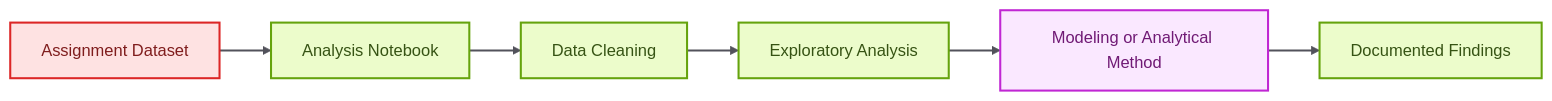
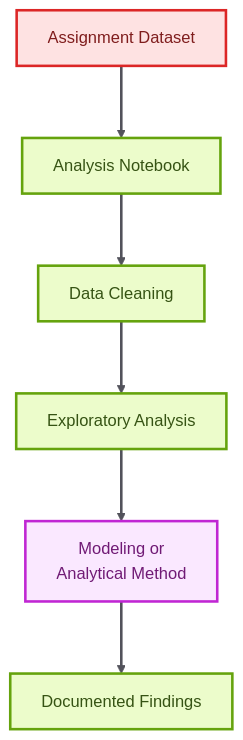
Before and after one commit to skx56/DAI_assignment3: the diagram in README.md, drawn with Mermaid.

Commit message:
Make README architecture diagram vertical

````diff
--- a/README.md
+++ b/README.md
@@ -29,18 +29,19 @@
 ```mermaid
-flowchart LR
+%%{init: {"flowchart": {"nodeSpacing": 55, "rankSpacing": 70, "curve": "basis"}, "themeVariables": {"fontSize": "16px", "fontFamily": "Inter, ui-sans-serif, system-ui, -apple-system, BlinkMacSystemFont, Segoe UI, sans-serif"}}}%%
+flowchart TD
   Dataset["Assignment Dataset"] --> Notebook["Analysis Notebook"]
   Notebook --> Clean["Data Cleaning"]
   Clean --> Explore["Exploratory Analysis"]
-  Explore --> Model["Modeling or Analytical Method"]
+  Explore --> Model["Modeling or<br/>Analytical Method"]
   Model --> Findings["Documented Findings"]
 
-  classDef inputs fill:#FEE2E2,stroke:#DC2626,color:#7F1D1D,stroke-width:2px;
-  classDef process fill:#ECFCCB,stroke:#65A30D,color:#365314,stroke-width:2px;
-  classDef data fill:#DBEAFE,stroke:#2563EB,color:#1E3A8A,stroke-width:2px;
-  classDef agent fill:#FAE8FF,stroke:#C026D3,color:#701A75,stroke-width:2px;
-  classDef output fill:#DCFCE7,stroke:#16A34A,color:#14532D,stroke-width:2px;
+  classDef inputs fill:#FEE2E2,stroke:#DC2626,color:#7F1D1D,stroke-width:2.5px;
+  classDef process fill:#ECFCCB,stroke:#65A30D,color:#365314,stroke-width:2.5px;
+  classDef data fill:#DBEAFE,stroke:#2563EB,color:#1E3A8A,stroke-width:2.5px;
+  classDef agent fill:#FAE8FF,stroke:#C026D3,color:#701A75,stroke-width:2.5px;
+  classDef output fill:#DCFCE7,stroke:#16A34A,color:#14532D,stroke-width:2.5px;
   class Dataset inputs;
   class Notebook,Clean,Explore,Findings process;
   class Model agent;
-  linkStyle default stroke:#52525B,stroke-width:2px;
+  linkStyle default stroke:#52525B,stroke-width:2.5px;
 ```
````
